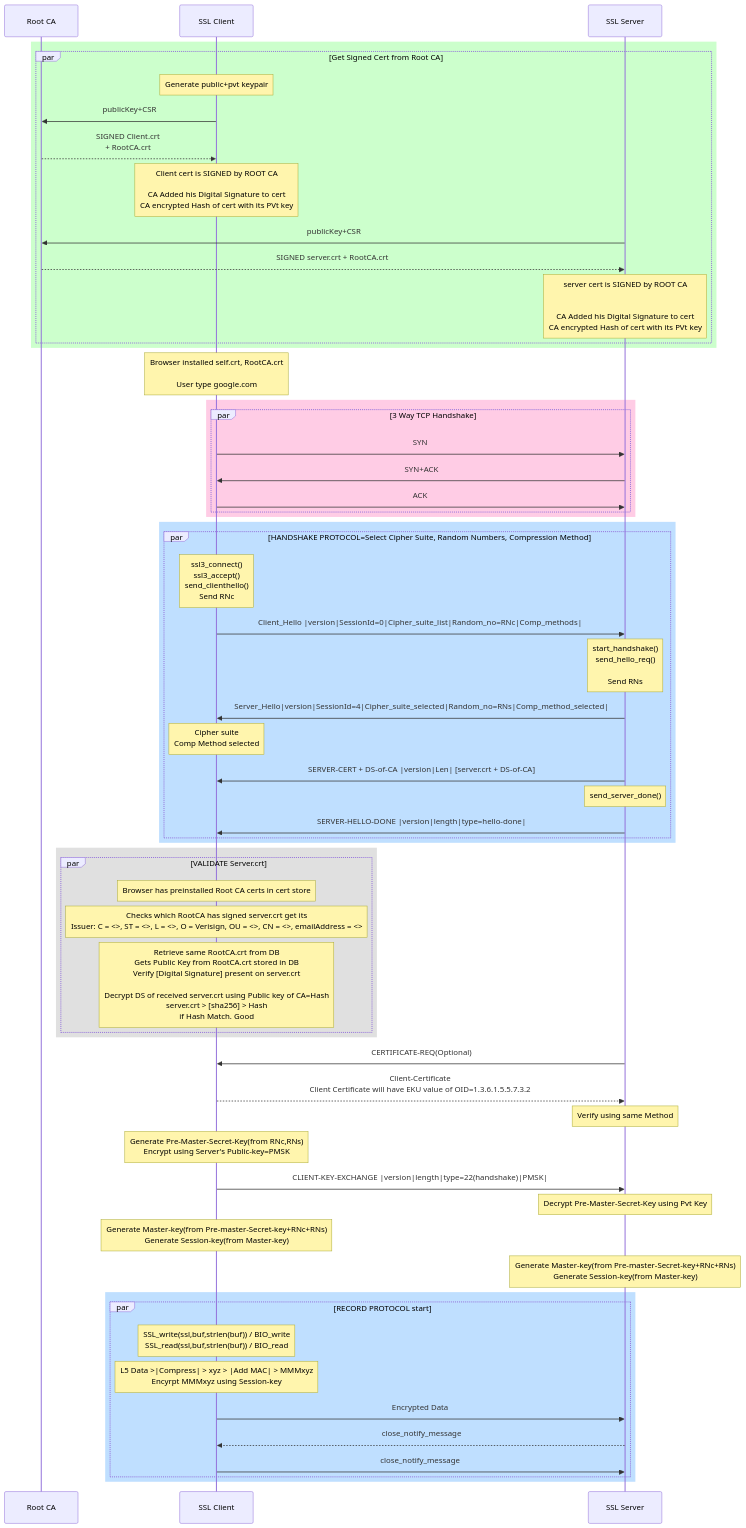
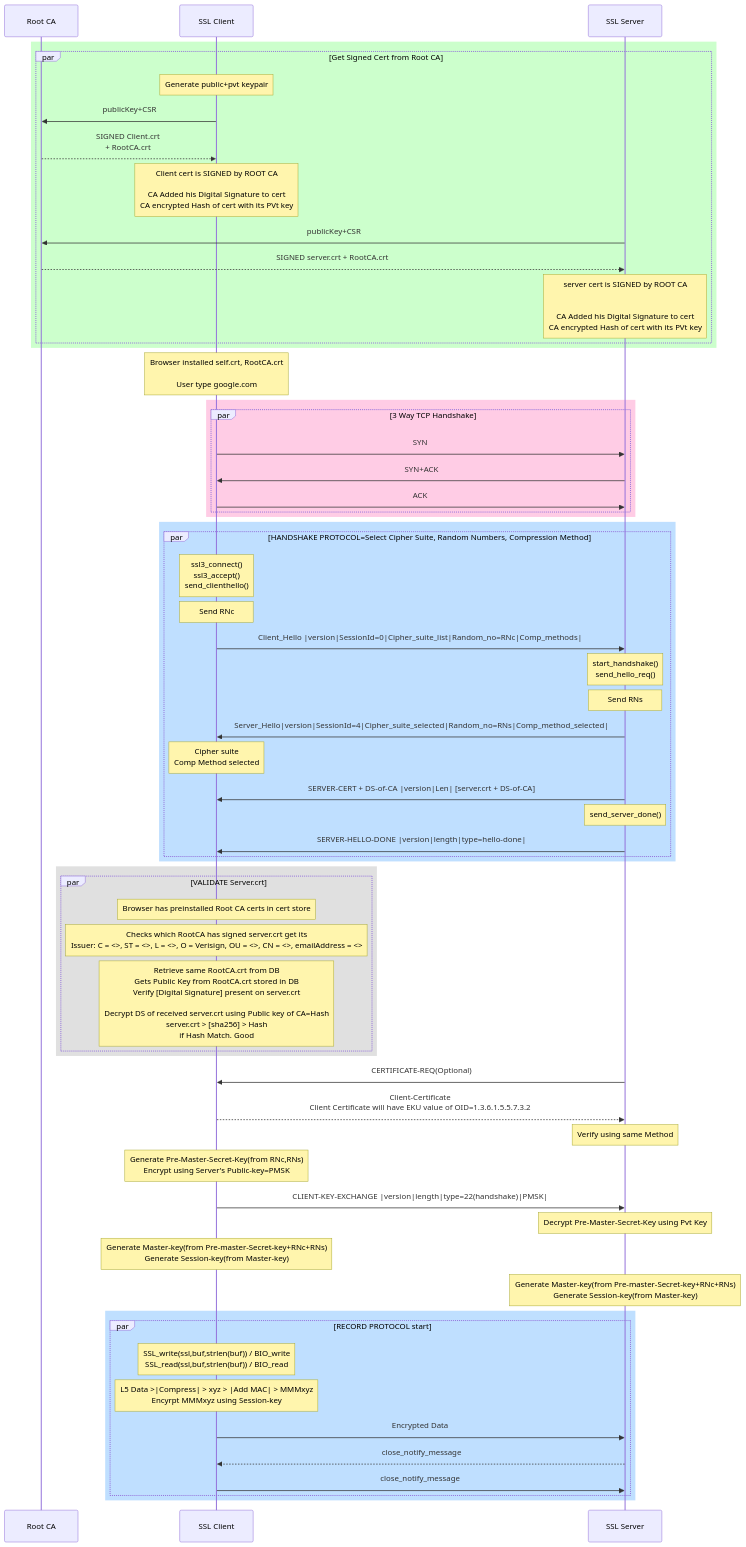
One commit to code-with-amitk/Code-examples changed the diagram in Networking/OSI-Layers/Layer-7/Protocols/Encryption_Authentication/README.adoc. Above: the diagram before and after it, drawn with Mermaid.

````diff
--- a/Networking/OSI-Layers/Layer-7/Protocols/Encryption_Authentication/README.adoc
+++ b/Networking/OSI-Layers/Layer-7/Protocols/Encryption_Authentication/README.adoc
@@ -34,69 +34,71 @@
 ```mermaid
 sequenceDiagram
   participant r as Root CA
   participant c as SSL Client
   participant s as SSL Server
  
  rect rgb(204,255, 204)
  par Get Signed Cert from Root CA
  note over c: Generate public+pvt keypair
  c ->> r: publicKey+CSR
  r -->>c: SIGNED Client.crt<br>+ RootCA.crt
  Note over c:Client cert is SIGNED by ROOT CA<br><br>CA Added his Digital Signature to cert<br>CA encrypted Hash of cert with its PVt key
  s ->> r: publicKey+CSR
  r -->>s: SIGNED server.crt + RootCA.crt
  Note over s:server cert is SIGNED by ROOT CA<br><br><br>CA Added his Digital Signature to cert<br>CA encrypted Hash of cert with its PVt key
  end
  end
 
  Note over c: Browser installed self.crt, RootCA.crt<br><br>User type google.com
 
  rect rgb(255, 204, 229)
  par 3 Way TCP Handshake
  c ->> s: SYN
  s ->>c: SYN+ACK
  c ->>s: ACK
  end
  end
 
  rect rgb(191, 223, 255)
  par HANDSHAKE PROTOCOL=Select Cipher Suite, Random Numbers, Compression Method
- Note over c: ssl3_connect()<br>ssl3_accept()<br>send_clienthello()<br>Send RNc
+ Note over c: ssl3_connect()<br>ssl3_accept()<br>send_clienthello()
+ Note over c: Send RNc
  c ->> s:Client_Hello |version|SessionId=0|Cipher_suite_list|Random_no=RNc|Comp_methods|
- Note over s: start_handshake() <br> send_hello_req()<br><br>Send RNs
+ Note over s: start_handshake() <br> send_hello_req()
+ Note over s: Send RNs
  s ->> c: Server_Hello|version|SessionId=4|Cipher_suite_selected|Random_no=RNs|Comp_method_selected|
  Note over c: Cipher suite <br> Comp Method selected
  s ->> c: SERVER-CERT + DS-of-CA |version|Len| [server.crt + DS-of-CA]
  Note over s: send_server_done()
  s ->> c: SERVER-HELLO-DONE |version|length|type=hello-done|
  end
  end
 
  rect rgb(224, 224, 224)
  par VALIDATE Server.crt
  Note over c: Browser has preinstalled Root CA certs in cert store
  Note over c: Checks which RootCA has signed server.crt get its <br> Issuer: C = <>, ST = <>, L = <>, O = Verisign, OU = <>, CN = <>, emailAddress = <>
  Note over c: Retrieve same RootCA.crt from DB<br>Gets Public Key from RootCA.crt stored in DB<br>Verify [Digital Signature] present on server.crt<br><br>Decrypt DS of received server.crt using Public key of CA=Hash<br>server.crt > [sha256] > Hash<br>if Hash Match. Good
  end
  end
  
  s->> c:CERTIFICATE-REQ(Optional)
  c-->>s:Client-Certificate<br>Client Certificate will have EKU value of OID=1.3.6.1.5.5.7.3.2
  Note over s:Verify using same Method
 
  Note over c:Generate Pre-Master-Secret-Key(from RNc,RNs)<br>Encrypt using Server's Public-key=PMSK
  c->>s:CLIENT-KEY-EXCHANGE |version|length|type=22(handshake)|PMSK|
  Note over s:Decrypt Pre-Master-Secret-Key using Pvt Key
  Note over c:Generate Master-key(from Pre-master-Secret-key+RNc+RNs)<br> Generate Session-key(from Master-key)
  Note over s:Generate Master-key(from Pre-master-Secret-key+RNc+RNs)<br> Generate Session-key(from Master-key)
 
 rect rgb(191, 223, 255)
 par RECORD PROTOCOL start
 Note over c:SSL_write(ssl,buf,strlen(buf)) / BIO_write<br>SSL_read(ssl,buf,strlen(buf)) / BIO_read
 Note over c: L5 Data >|Compress| > xyz > |Add MAC| > MMMxyz<br> Encyrpt MMMxyz using Session-key
 c->>s: Encrypted Data
 s-->>c:close_notify_message
 c->>s:close_notify_message
 end
 end
 ```
````
